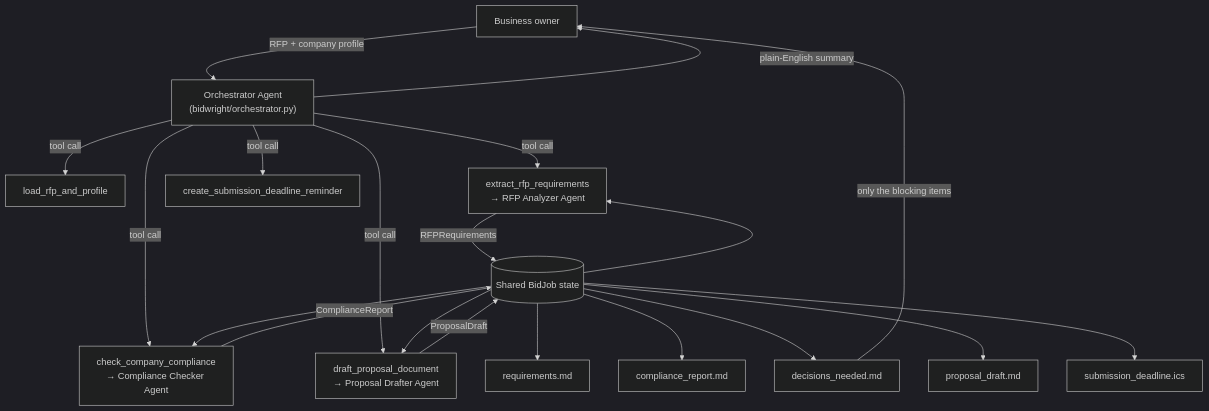
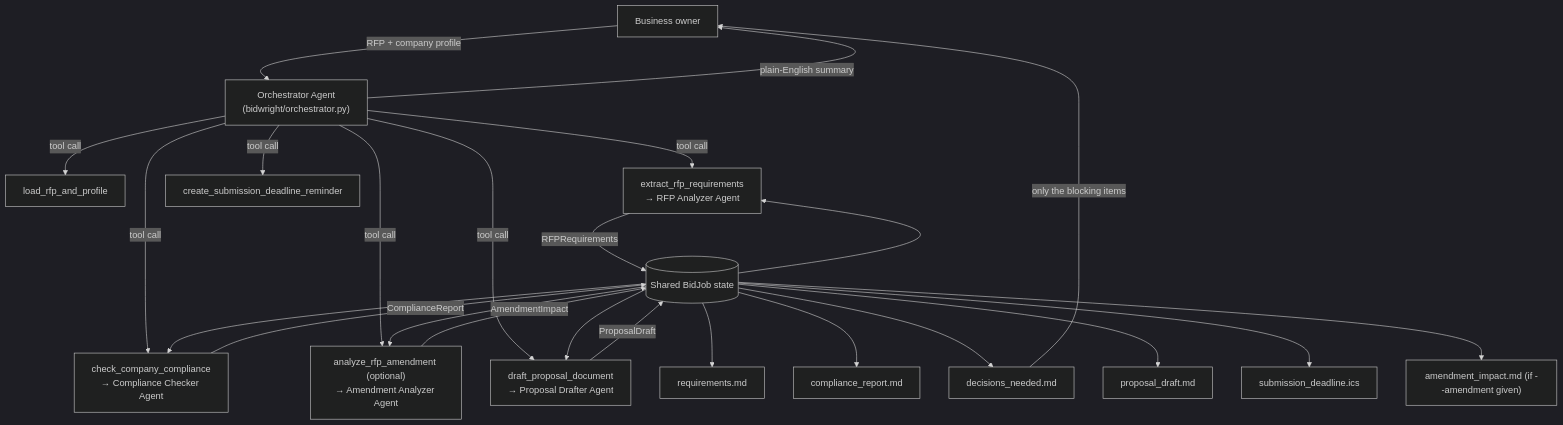
Before and after one commit to akashtalole/Agents-for-Humans-Hackathon: the diagram in BIDWRIGHT.md, drawn with Mermaid (dark theme). The commit also changed other lines of this file and 7 other files, not shown here.

````diff
--- a/BIDWRIGHT.md
+++ b/BIDWRIGHT.md
@@ -63,26 +108,30 @@
 ```mermaid
 flowchart TD
     U[Business owner] -->|RFP + company profile| O["Orchestrator Agent\n(bidwright/orchestrator.py)"]
 
     O -->|tool call| L[load_rfp_and_profile]
     O -->|tool call| A["extract_rfp_requirements\n→ RFP Analyzer Agent"]
     O -->|tool call| C["check_company_compliance\n→ Compliance Checker Agent"]
     O -->|tool call| R[create_submission_deadline_reminder]
+    O -->|tool call| M["analyze_rfp_amendment (optional)\n→ Amendment Analyzer Agent"]
     O -->|tool call| P["draft_proposal_document\n→ Proposal Drafter Agent"]
 
     A -->|RFPRequirements| J[(Shared BidJob state)]
     C -->|ComplianceReport| J
+    M -->|AmendmentImpact| J
     P -->|ProposalDraft| J
     J --> A
     J --> C
+    J --> M
     J --> P
 
     J --> F1[requirements.md]
     J --> F2[compliance_report.md]
     J --> F3[decisions_needed.md]
     J --> F4[proposal_draft.md]
     J --> F5[submission_deadline.ics]
+    J --> F6["amendment_impact.md (if --amendment given)"]
 
     O -->|plain-English summary| U
     F3 -->|only the blocking items| U
 ```
````
